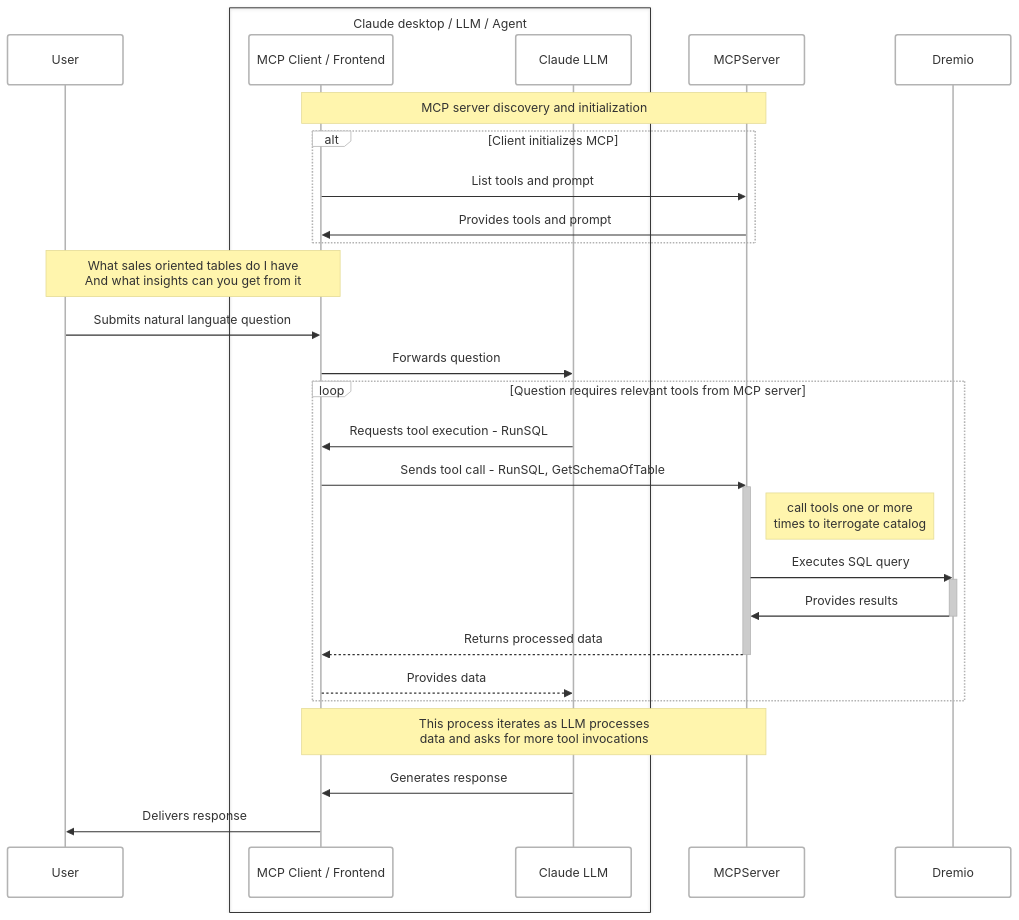
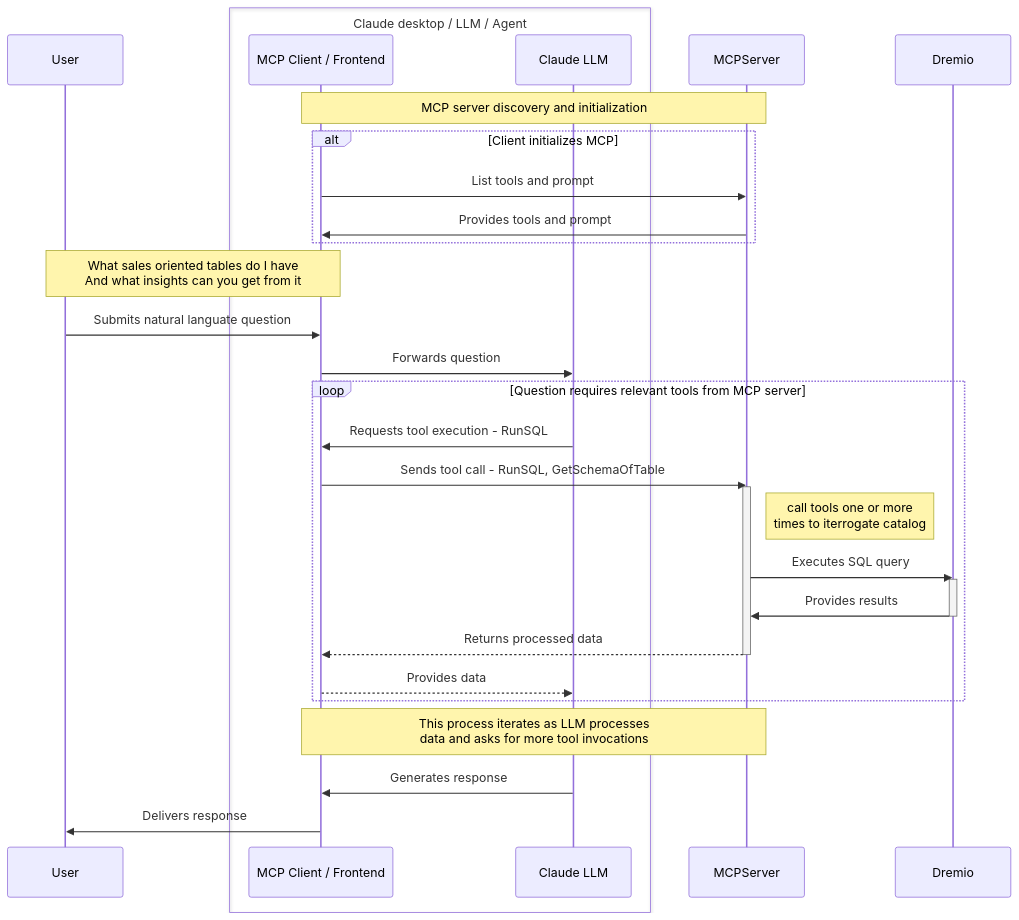
The second of 2 diagrams in docs/architecture.md (serraict/dremio-mcp), drawn with Mermaid before and after one commit. The commit also changed other lines of this file, not shown here.

````diff
--- a/docs/architecture.md
+++ b/docs/architecture.md
@@ -26,52 +34,50 @@
 ```mermaid
 %%{init:
 {
-    "theme": "neo",
-    "look": "handDrawn",
     "themeVariables": {
         "fontFamily": "Inter"
     }
 }
 }%%
 
 
 sequenceDiagram
     participant User
 
     box Claude desktop / LLM / Agent
     participant Client as MCP Client / Frontend
     participant LLM as Claude LLM
     end
 
     participant MCP as MCPServer
     participant DB as Dremio
 
     Note over Client,MCP: MCP server discovery and initialization
     alt Client initializes MCP
         Client->>MCP: List tools and prompt
         MCP->>Client: Provides tools and prompt
     end
 
 
     Note over User,Client: What sales oriented tables do I have<br/>And what insights can you get from it
     User->>Client: Submits natural languate question
     Client->>LLM: Forwards question
 
     loop Question requires relevant tools from MCP server
         LLM->>Client: Requests tool execution -  RunSQL
         Client->>MCP: Sends tool call - RunSQL, GetSchemaOfTable
         activate MCP
         Note right of MCP: call tools one or more <br/> times to iterrogate catalog
         MCP->>DB: Executes SQL query
         activate DB
         DB->>MCP: Provides results
         deactivate DB
         MCP-->>Client: Returns processed data
         deactivate MCP
         Client-->>LLM: Provides data
     end
     Note over Client,MCP: This process iterates as LLM processes<br/> data and asks for more tool invocations
 
     LLM->>Client: Generates response
     Client->>User: Delivers response
 ```
````
